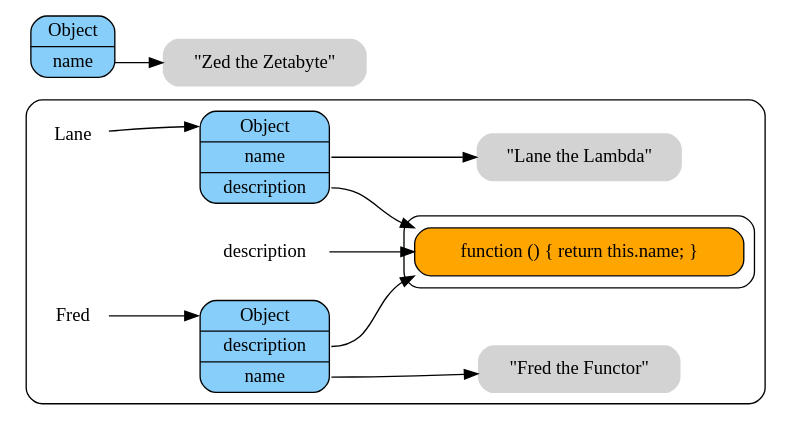
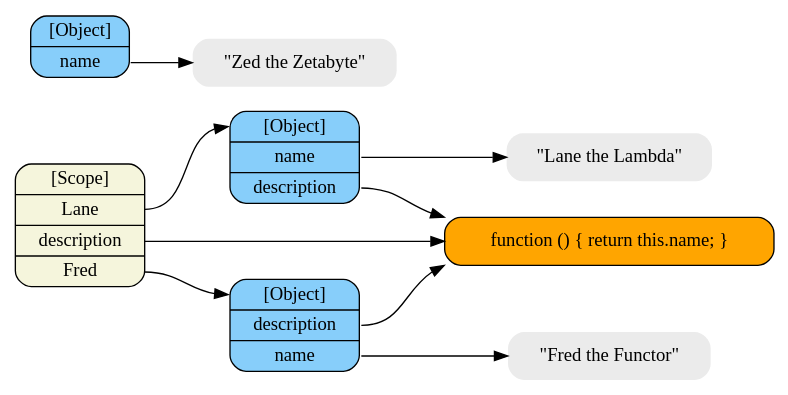
One commit to creationix/howtonode.org changed the diagram in articles/object-graphs/functions.dot. Above: the diagram before and after it, drawn with Graphviz. The commit also changed 5 other files, not shown here.

First line of the commit message:
Update the object-graph article to see closures better.

```diff
--- a/articles/object-graphs/functions.dot
+++ b/articles/object-graphs/functions.dot
@@ -1,43 +1,38 @@
 digraph finite_state_machine {
 	size="8,5"
 	rankdir = "LR"
 
-  subgraph cluster_0 {
-    style =rounded;
-    
-    /* Free Variables */
-    node [shape = plaintext, style=""]
-    Lane; Fred; description;
-    subgraph cluster_1 {
-      node [shape=Mrecord, fillcolor=orange, style=filled];
-      fn1 [label="<__proto__>function () \{ return this.name; \}"];
-    }
+  /* Execution Contexts */
+  node [shape=Mrecord, fillcolor=beige, style=filled];
+  top [label="<__proto__>[Scope]|<Lane>Lane|<description>description|<Fred>Fred"];
 
-    /* Objects */
-    node [shape = Mrecord, fillcolor=lightskyblue, style=filled];
-    obj1 [label = "<__proto__>Object|<name>name|<description>description"];
-    obj2 [label = "<__proto__>Object|<description>description|<name>name"];
-    /* Literals */
-    node [shape = plaintext, fillcolor=lightGrey, style="filled,rounded"];
-    name [label="\"Lane the Lambda\""]
-    name2 [label="\"Fred the Functor\""]
+  /* Normal Objects */
+  node [shape = Mrecord, fillcolor=lightskyblue, style=filled];
+  ob_Lane [label = "<__proto__>[Object]|<name>name|<description>description"];
+  ob_Fred [label = "<__proto__>[Object]|<description>description|<name>name"];
+  ob_1 [label = "<__proto__>[Object]|<name>name"];
 
+  /* Function Objects */
+  node [shape = Mrecord, fillcolor=orange, style=filled];
+  fn1 [label="<__proto__>function () \{ return this.name; \}"];
 
-  }
-  /* Objects */
-  node [shape = Mrecord, fillcolor=lightskyblue, style=filled];
-  obj3 [label = "<__proto__>Object|<name>name"];
   /* Literals */
-  node [shape = plaintext, fillcolor=lightGrey, style="filled,rounded"];
+  node [shape = plaintext, fillcolor=gray92, style="filled,rounded"];
+  name [label="\"Lane the Lambda\""]
+  name2 [label="\"Fred the Functor\""]
   name3 [label="\"Zed the Zetabyte\""]
 
+  /* References */
+  top:Lane -> ob_Lane:__proto__;
+  top:Fred -> ob_Fred:__proto__;
+  ob_Lane:name -> name;
+  ob_Lane:description -> fn1:__proto__;
+  ob_Fred:name -> name2;
+  ob_Fred:description -> fn1:__proto__;
+  ob_1:name -> name3;
+  top:description -> fn1:__proto__;
 
-  Lane -> obj1:__proto__;
-  obj1:name -> name;
-  obj1:description -> fn1:__proto__;
-  Fred -> obj2:__proto__;
-  obj2:name -> name2;
-  obj2:description -> fn1:__proto__;
-  obj3:name -> name3;
-  description -> fn1:__proto__;
+  /* Inheritance Chains */
+  edge [style=dashed]
+
 }
```
